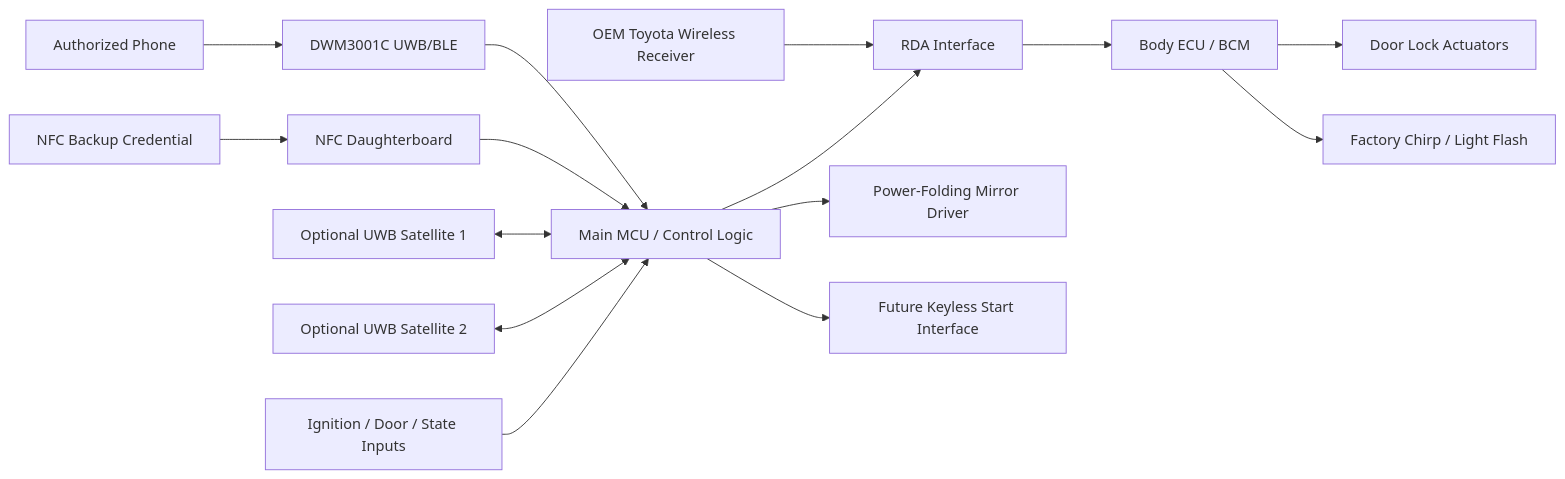
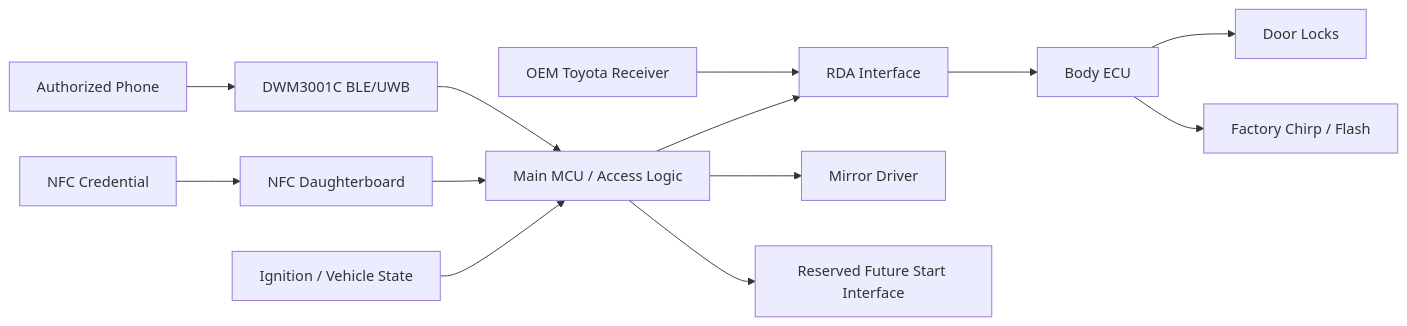
The diagram in CELIKEY_PCB_CONCEPT.md (wildc4t-workshop/CeliKey), drawn with Mermaid before and after one commit. The commit also changed other lines of this file, not shown here.

````diff
--- a/CELIKEY_PCB_CONCEPT.md
+++ b/CELIKEY_PCB_CONCEPT.md
@@ -167,36 +74,15 @@
 ```mermaid
 flowchart LR
-    Phone[Authorized Phone]
-    Card[NFC Backup Credential]
-    Radio[DWM3001C UWB/BLE]
-    NFC[NFC Daughterboard]
-    MCU[Main MCU / Control Logic]
-    RDA[RDA Interface]
-    RX[OEM Toyota Wireless Receiver]
-    BCM[Body ECU / BCM]
-    Locks[Door Lock Actuators]
-    Ack[Factory Chirp / Light Flash]
-    Mirrors[Power-Folding Mirror Driver]
-    Start[Future Keyless Start Interface]
-    Inputs[Ignition / Door / State Inputs]
-    Sat1[Optional UWB Satellite 1]
-    Sat2[Optional UWB Satellite 2]
-
-    Phone --> Radio
-    Card --> NFC
-    Radio --> MCU
+    Phone[Authorized Phone] --> Radio[DWM3001C BLE/UWB]
+    Card[NFC Credential] --> NFC[NFC Daughterboard]
+    Radio --> MCU[Main MCU / Access Logic]
     NFC --> MCU
-    Sat1 <--> MCU
-    Sat2 <--> MCU
-    Inputs --> MCU
-
-    RX --> RDA
+    Inputs[Ignition / Vehicle State] --> MCU
+    RX[OEM Toyota Receiver] --> RDA[RDA Interface]
     MCU --> RDA
-    RDA --> BCM
-
-    BCM --> Locks
-    BCM --> Ack
-
-    MCU --> Mirrors
-    MCU --> Start
+    RDA --> BCM[Body ECU]
+    BCM --> Locks[Door Locks]
+    BCM --> Ack[Factory Chirp / Flash]
+    MCU --> Mirrors[Mirror Driver]
+    MCU --> Start[Reserved Future Start Interface]
 ```
````
